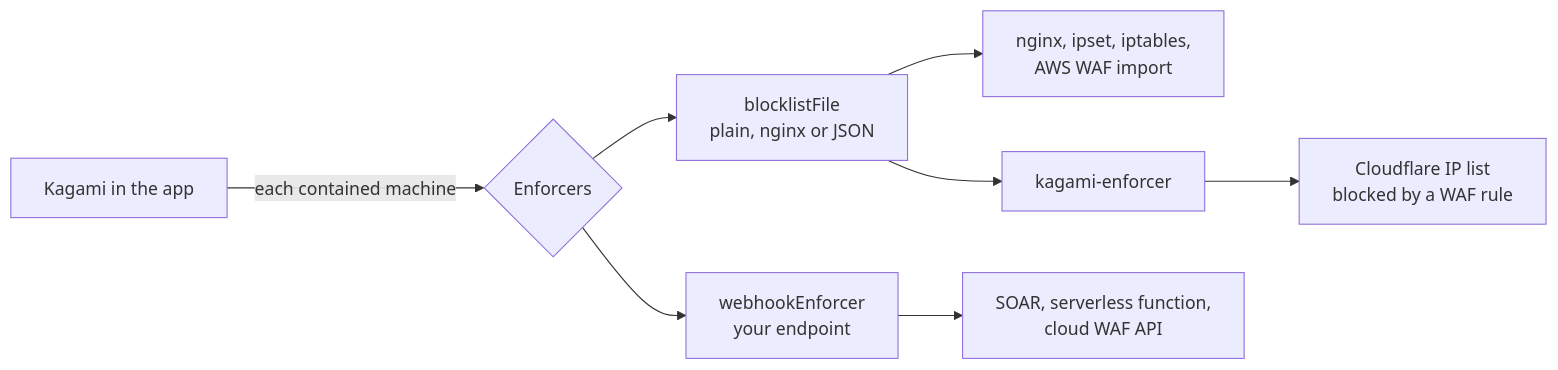
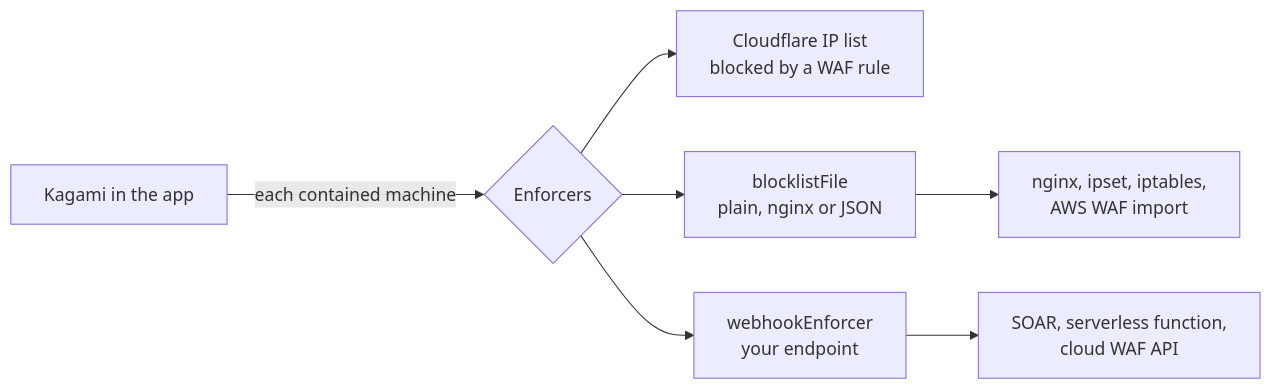
The fifth of 5 diagrams in docs/guides/how-it-works.md (agenticslabs-xyz/lurensic), drawn with Mermaid before and after one commit. The commit also changed 38 other files, not shown here.

````diff
--- a/docs/guides/how-it-works.md
+++ b/docs/guides/how-it-works.md
@@ -109,10 +109,9 @@
 ```mermaid
 flowchart LR
     K["Kagami in the app"] -->|"each contained machine"| E{"Enforcers"}
+    E --> CF["Cloudflare IP list<br/>blocked by a WAF rule"]
     E --> F["blocklistFile<br/>plain, nginx or JSON"]
     E --> W["webhookEnforcer<br/>your endpoint"]
     F --> N["nginx, ipset, iptables,<br/>AWS WAF import"]
-    F --> KE["kagami-enforcer"]
-    KE --> CF["Cloudflare IP list<br/>blocked by a WAF rule"]
     W --> S["SOAR, serverless function,<br/>cloud WAF API"]
 ```
````
